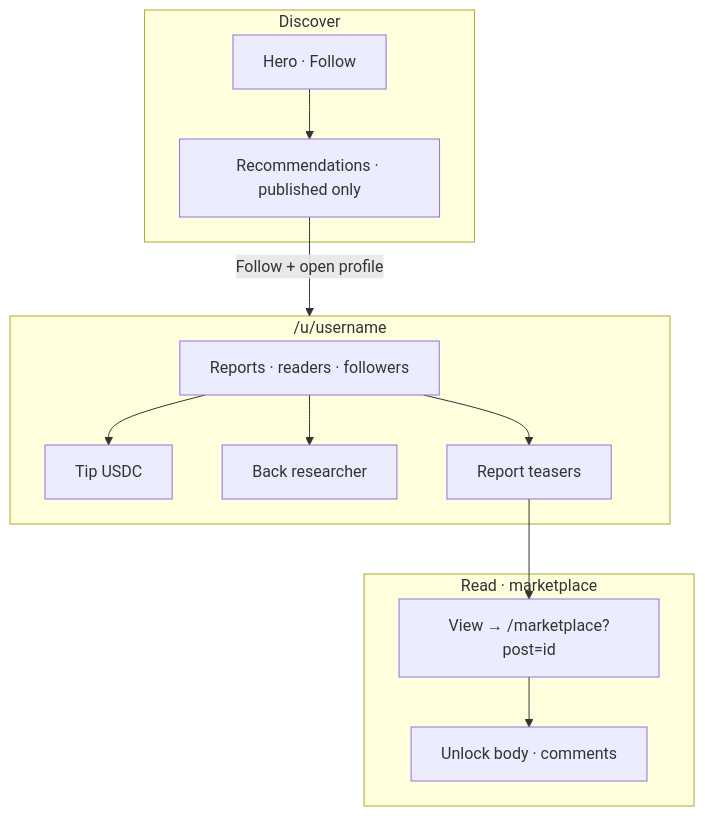
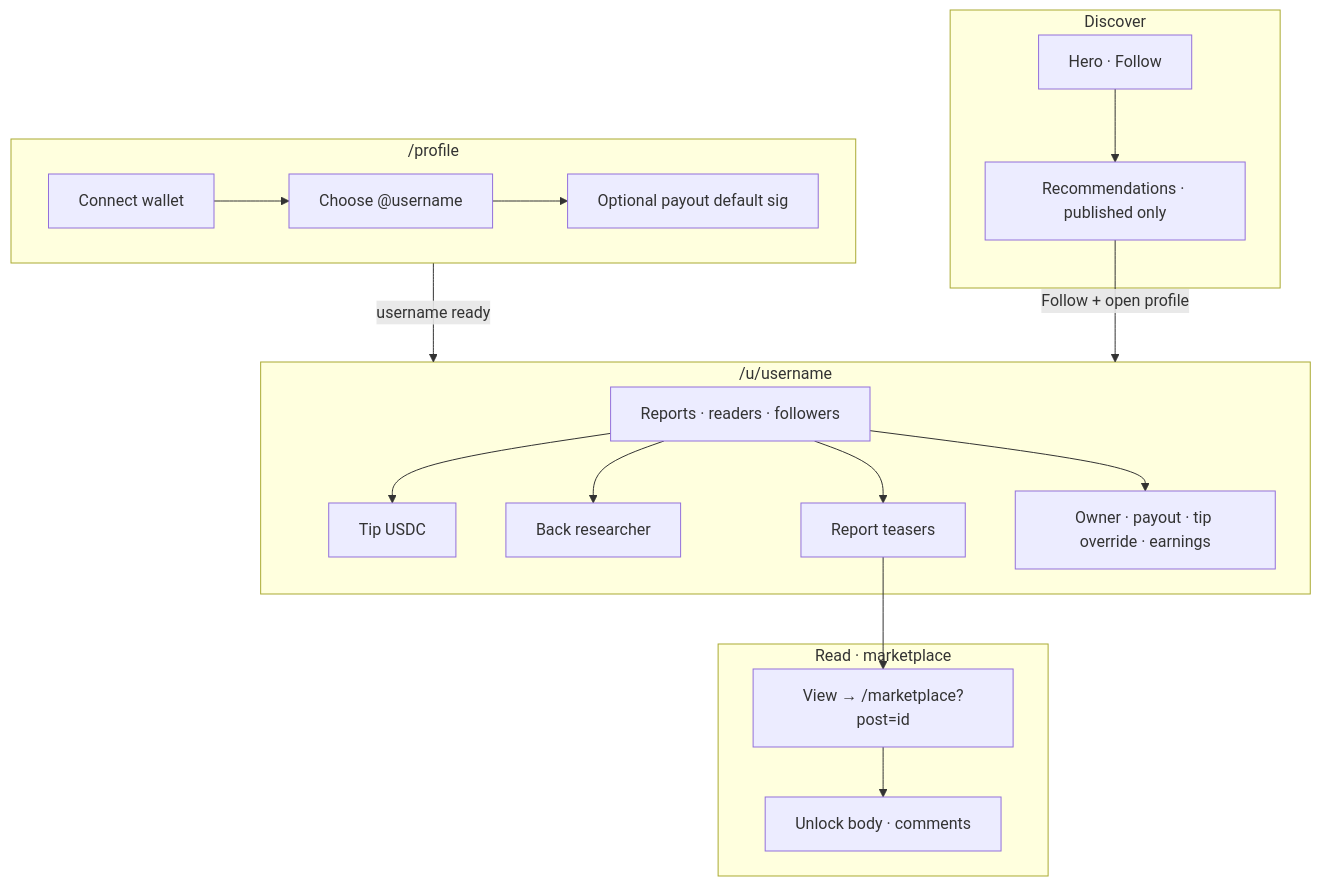
One commit to rudazy/citation-agent changed the seventh of 9 diagrams in README.md. Above: the diagram before and after it, drawn with Mermaid. The commit also changed other lines of this file and 9 other files, not shown here.

Commit message:
Docs match profile setup

````diff
--- a/README.md
+++ b/README.md
@@ -238,27 +256,37 @@
 ```mermaid
 flowchart TB
   subgraph Discover["Discover"]
     Hero["Hero · Follow"]
     Recs["Recommendations · published only"]
     Hero --> Recs
   end
 
+  subgraph Setup["/profile"]
+    Connect["Connect wallet"]
+    Username["Choose @username"]
+    PayoutDefault["Optional payout default sig"]
+    Connect --> Username --> PayoutDefault
+  end
+
   subgraph Profile["/u/username"]
     Stats["Reports · readers · followers"]
     Tip["Tip USDC"]
     Back["Back researcher"]
     Cards["Report teasers"]
+    Settings["Owner · payout · tip override · earnings"]
     Stats --> Tip
     Stats --> Back
     Stats --> Cards
+    Stats --> Settings
   end
 
   subgraph Read["Read · marketplace"]
     View["View → /marketplace?post=id"]
     Unlock["Unlock body · comments"]
     View --> Unlock
   end
 
+  Setup -->|"username ready"| Profile
   Recs -->|"Follow + open profile"| Profile
   Cards --> View
 ```
````
